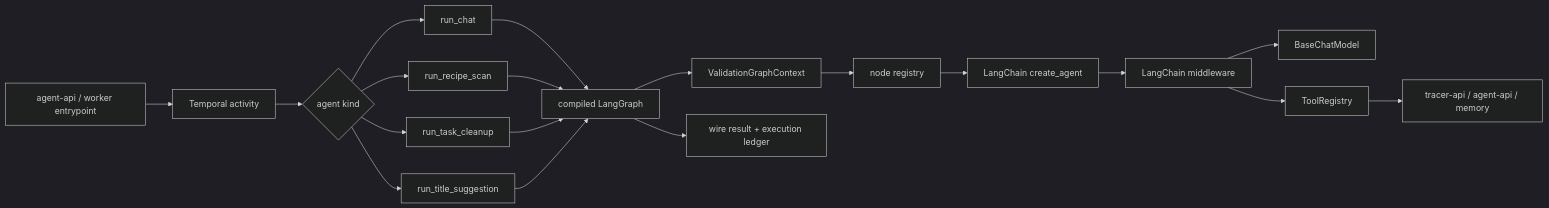
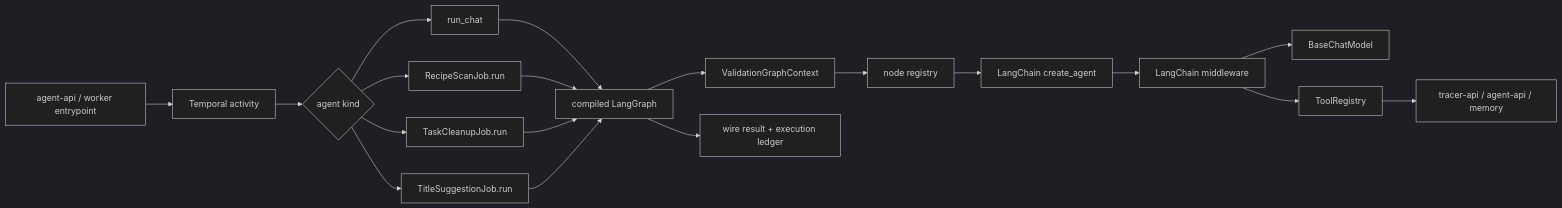
One commit to agent-tracer/tracer-agent-python changed the first of 7 diagrams in src/tracer_agent/worker/agents/README.md. Above: the diagram before and after it, drawn with Mermaid (dark theme). The commit also changed other lines of this file and 5 other files, not shown here.

````diff
--- a/src/tracer_agent/worker/agents/README.md
+++ b/src/tracer_agent/worker/agents/README.md
@@ -11,21 +11,21 @@
 ```mermaid
 flowchart LR
     API[agent-api / worker entrypoint] --> T[Temporal activity]
     T --> DISPATCH{agent kind}
     DISPATCH --> CHAT[run_chat]
-    DISPATCH --> RECIPE[run_recipe_scan]
-    DISPATCH --> CLEANUP[run_task_cleanup]
-    DISPATCH --> TITLE[run_title_suggestion]
+    DISPATCH --> RECIPE[RecipeScanJob.run]
+    DISPATCH --> CLEANUP[TaskCleanupJob.run]
+    DISPATCH --> TITLE[TitleSuggestionJob.run]
     CHAT --> GRAPH[compiled LangGraph]
     RECIPE --> GRAPH
     CLEANUP --> GRAPH
     TITLE --> GRAPH
     GRAPH --> CTX[ValidationGraphContext]
     CTX --> NODE[node registry]
     NODE --> AGENT[LangChain create_agent]
     AGENT --> MW[LangChain middleware]
     MW --> MODEL[BaseChatModel]
     MW --> TOOLS[ToolRegistry]
     TOOLS --> EXT[tracer-api / agent-api / memory]
     GRAPH --> OUT[wire result + execution ledger]
 ```
````
